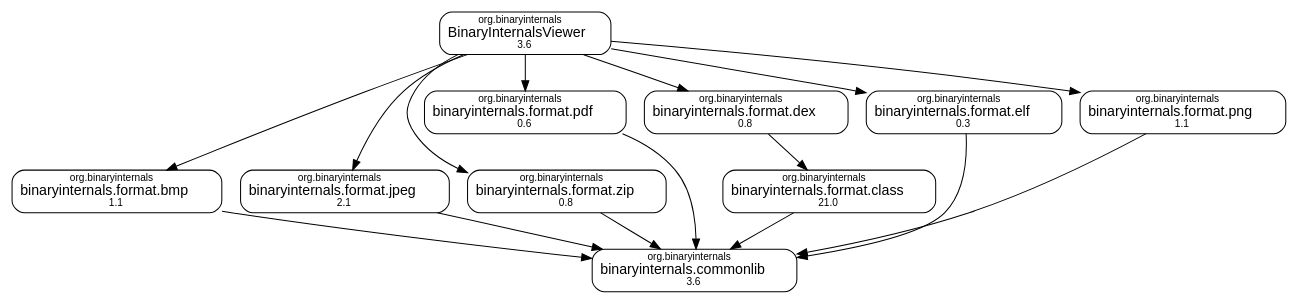
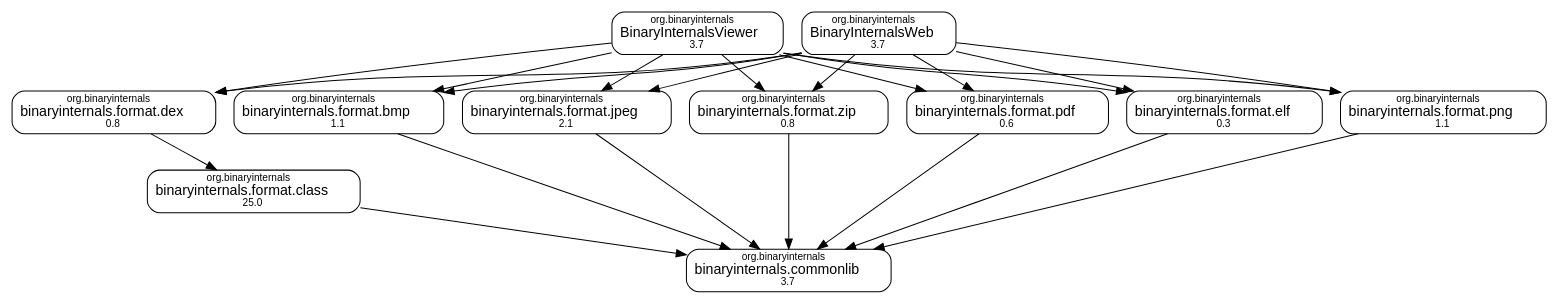
The diagram in docs/dependency-graph.dot (amosshi/binaryinternals), drawn with Graphviz before and after one commit. The commit also changed 17 other files, not shown here.

Commit message:
#19 Adding BinaryInternalWeb

```diff
--- a/docs/dependency-graph.dot
+++ b/docs/dependency-graph.dot
@@ -1,33 +1,41 @@
 digraph "binaryinternals" {
   node [shape="box",style="rounded",fontname="Helvetica",fontsize="14"]
   edge [fontsize="10",fontname="Helvetica"]
 
   // Node Definitions:
-  "org.binaryinternals:binaryinternals.format.class:jar:compile"[label=<<font point-size="10">org.binaryinternals</font><br/>binaryinternals.format.class<font point-size="10"><br/>21.0</font>>]
-  "org.binaryinternals:binaryinternals.commonlib:jar:compile"[label=<<font point-size="10">org.binaryinternals</font><br/>binaryinternals.commonlib<font point-size="10"><br/>3.6</font>>]
+  "org.binaryinternals:binaryinternals.format.class:jar:compile"[label=<<font point-size="10">org.binaryinternals</font><br/>binaryinternals.format.class<font point-size="10"><br/>25.0</font>>]
+  "org.binaryinternals:binaryinternals.commonlib:jar:compile"[label=<<font point-size="10">org.binaryinternals</font><br/>binaryinternals.commonlib<font point-size="10"><br/>3.7</font>>]
   "org.binaryinternals:binaryinternals.format.bmp:jar:compile"[label=<<font point-size="10">org.binaryinternals</font><br/>binaryinternals.format.bmp<font point-size="10"><br/>1.1</font>>]
   "org.binaryinternals:binaryinternals.format.jpeg:jar:compile"[label=<<font point-size="10">org.binaryinternals</font><br/>binaryinternals.format.jpeg<font point-size="10"><br/>2.1</font>>]
   "org.binaryinternals:binaryinternals.format.zip:jar:compile"[label=<<font point-size="10">org.binaryinternals</font><br/>binaryinternals.format.zip<font point-size="10"><br/>0.8</font>>]
   "org.binaryinternals:binaryinternals.format.pdf:jar:compile"[label=<<font point-size="10">org.binaryinternals</font><br/>binaryinternals.format.pdf<font point-size="10"><br/>0.6</font>>]
   "org.binaryinternals:binaryinternals.format.dex:jar:compile"[label=<<font point-size="10">org.binaryinternals</font><br/>binaryinternals.format.dex<font point-size="10"><br/>0.8</font>>]
   "org.binaryinternals:binaryinternals.format.elf:jar:compile"[label=<<font point-size="10">org.binaryinternals</font><br/>binaryinternals.format.elf<font point-size="10"><br/>0.3</font>>]
   "org.binaryinternals:binaryinternals.format.png:jar:compile"[label=<<font point-size="10">org.binaryinternals</font><br/>binaryinternals.format.png<font point-size="10"><br/>1.1</font>>]
-  "org.binaryinternals:BinaryInternalsViewer:jar:compile"[label=<<font point-size="10">org.binaryinternals</font><br/>BinaryInternalsViewer<font point-size="10"><br/>3.6</font>>]
+  "org.binaryinternals:BinaryInternalsViewer:jar:compile"[label=<<font point-size="10">org.binaryinternals</font><br/>BinaryInternalsViewer<font point-size="10"><br/>3.7</font>>]
+  "org.binaryinternals:BinaryInternalsWeb:jar:compile"[label=<<font point-size="10">org.binaryinternals</font><br/>BinaryInternalsWeb<font point-size="10"><br/>3.7</font>>]
 
   // Edge Definitions:
   "org.binaryinternals:binaryinternals.format.class:jar:compile" -> "org.binaryinternals:binaryinternals.commonlib:jar:compile"
   "org.binaryinternals:binaryinternals.format.bmp:jar:compile" -> "org.binaryinternals:binaryinternals.commonlib:jar:compile"
   "org.binaryinternals:binaryinternals.format.jpeg:jar:compile" -> "org.binaryinternals:binaryinternals.commonlib:jar:compile"
   "org.binaryinternals:binaryinternals.format.zip:jar:compile" -> "org.binaryinternals:binaryinternals.commonlib:jar:compile"
   "org.binaryinternals:binaryinternals.format.pdf:jar:compile" -> "org.binaryinternals:binaryinternals.commonlib:jar:compile"
   "org.binaryinternals:binaryinternals.format.dex:jar:compile" -> "org.binaryinternals:binaryinternals.format.class:jar:compile"
   "org.binaryinternals:binaryinternals.format.elf:jar:compile" -> "org.binaryinternals:binaryinternals.commonlib:jar:compile"
   "org.binaryinternals:binaryinternals.format.png:jar:compile" -> "org.binaryinternals:binaryinternals.commonlib:jar:compile"
   "org.binaryinternals:BinaryInternalsViewer:jar:compile" -> "org.binaryinternals:binaryinternals.format.bmp:jar:compile"
   "org.binaryinternals:BinaryInternalsViewer:jar:compile" -> "org.binaryinternals:binaryinternals.format.jpeg:jar:compile"
   "org.binaryinternals:BinaryInternalsViewer:jar:compile" -> "org.binaryinternals:binaryinternals.format.zip:jar:compile"
   "org.binaryinternals:BinaryInternalsViewer:jar:compile" -> "org.binaryinternals:binaryinternals.format.pdf:jar:compile"
   "org.binaryinternals:BinaryInternalsViewer:jar:compile" -> "org.binaryinternals:binaryinternals.format.dex:jar:compile"
   "org.binaryinternals:BinaryInternalsViewer:jar:compile" -> "org.binaryinternals:binaryinternals.format.elf:jar:compile"
   "org.binaryinternals:BinaryInternalsViewer:jar:compile" -> "org.binaryinternals:binaryinternals.format.png:jar:compile"
+  "org.binaryinternals:BinaryInternalsWeb:jar:compile" -> "org.binaryinternals:binaryinternals.format.bmp:jar:compile"
+  "org.binaryinternals:BinaryInternalsWeb:jar:compile" -> "org.binaryinternals:binaryinternals.format.jpeg:jar:compile"
+  "org.binaryinternals:BinaryInternalsWeb:jar:compile" -> "org.binaryinternals:binaryinternals.format.zip:jar:compile"
+  "org.binaryinternals:BinaryInternalsWeb:jar:compile" -> "org.binaryinternals:binaryinternals.format.pdf:jar:compile"
+  "org.binaryinternals:BinaryInternalsWeb:jar:compile" -> "org.binaryinternals:binaryinternals.format.dex:jar:compile"
+  "org.binaryinternals:BinaryInternalsWeb:jar:compile" -> "org.binaryinternals:binaryinternals.format.elf:jar:compile"
+  "org.binaryinternals:BinaryInternalsWeb:jar:compile" -> "org.binaryinternals:binaryinternals.format.png:jar:compile"
 }
```
